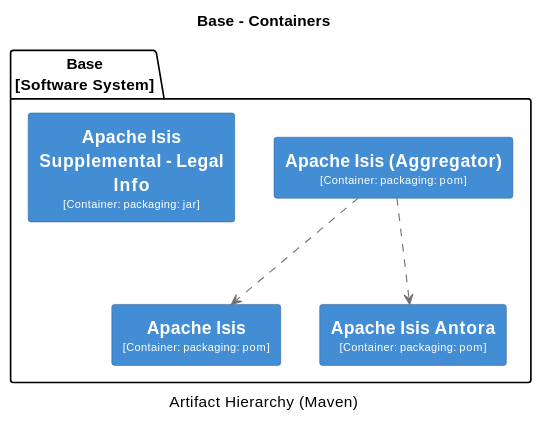
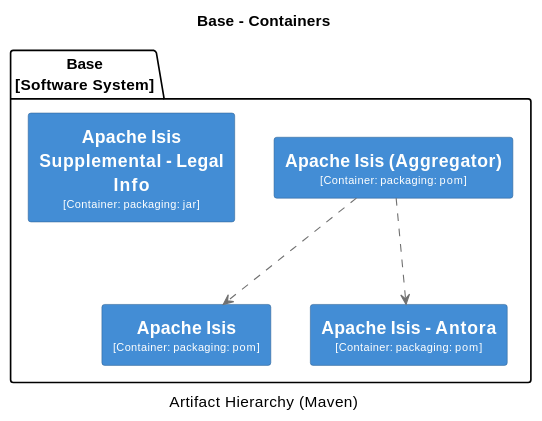
The first of 18 diagrams in antora/components/system/modules/generated/pages/system-overview.adoc (apache/causeway), drawn with PlantUML before and after one commit. The commit also changed other lines of this file and 19 other files, not shown here.

```diff
--- a/antora/components/system/modules/generated/pages/system-overview.adoc
+++ b/antora/components/system/modules/generated/pages/system-overview.adoc
@@ -8,44 +8,44 @@
 [plantuml,Base,svg]
 ----
 @startuml(id=Base)
 title Base - Containers
 caption Artifact Hierarchy (Maven)
 
 skinparam {
   shadowing false
   arrowFontSize 10
   defaultTextAlignment center
   wrapWidth 200
   maxMessageSize 100
 }
 hide stereotype
 skinparam rectangle<<2>> {
   BackgroundColor #438dd5
   FontColor #fffffe
   BorderColor #2E6295
 }
 skinparam rectangle<<3>> {
   BackgroundColor #438dd5
   FontColor #fffffe
   BorderColor #2E6295
 }
 skinparam rectangle<<4>> {
   BackgroundColor #438dd5
   FontColor #fffffe
   BorderColor #2E6295
 }
 skinparam rectangle<<5>> {
   BackgroundColor #438dd5
   FontColor #fffffe
   BorderColor #2E6295
 }
 package "Base\n[Software System]" {
   rectangle "==Apache Isis\n<size:10>[Container: packaging: pom]</size>" <<4>> as 4
   rectangle "==Apache Isis (Aggregator)\n<size:10>[Container: packaging: pom]</size>" <<2>> as 2
-  rectangle "==Apache Isis Antora\n<size:10>[Container: packaging: pom]</size>" <<3>> as 3
+  rectangle "==Apache Isis - Antora\n<size:10>[Container: packaging: pom]</size>" <<3>> as 3
   rectangle "==Apache Isis Supplemental - Legal Info\n<size:10>[Container: packaging: jar]</size>" <<5>> as 5
 }
 2 .[#707070].> 4 : ""
 2 .[#707070].> 3 : ""
 @enduml
 ----
```
